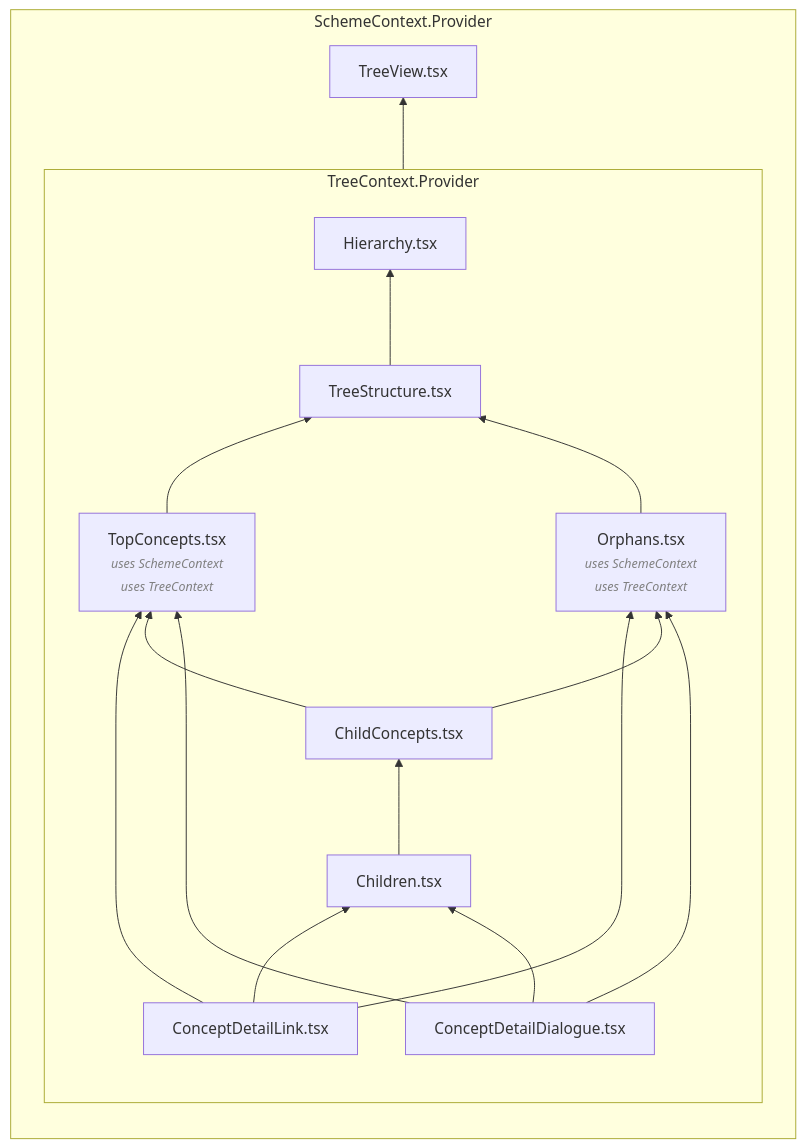
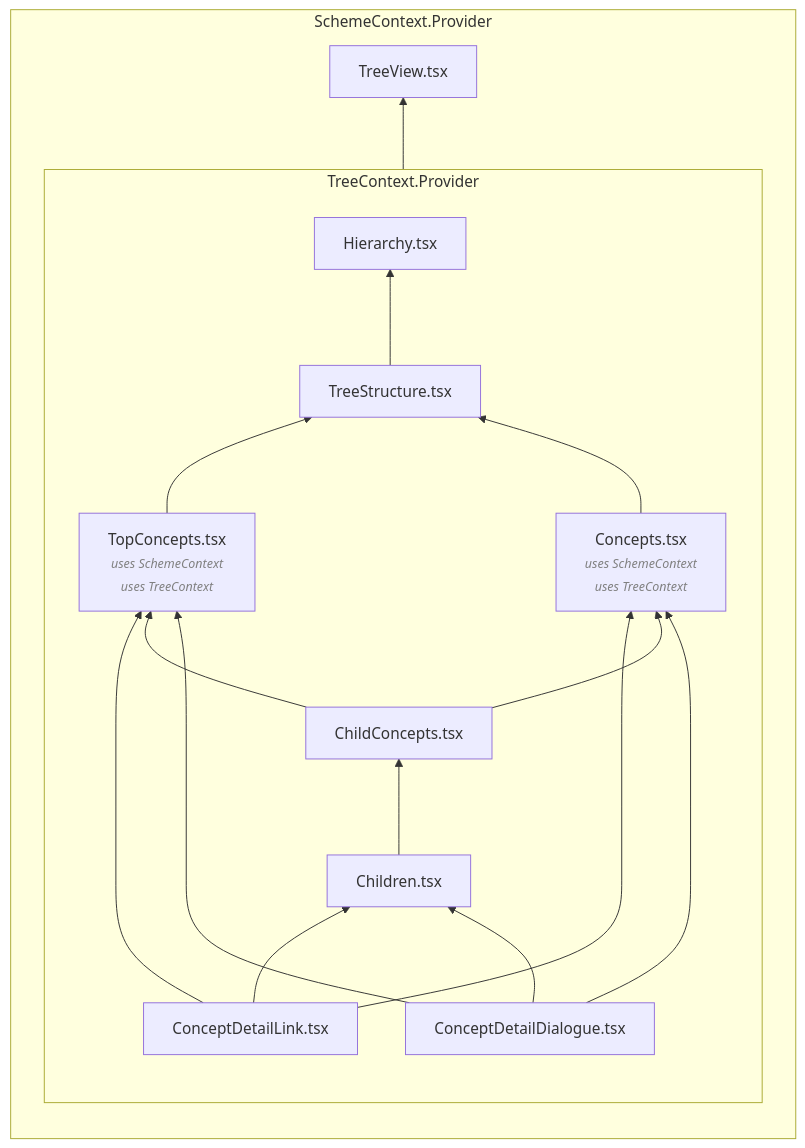
Before and after one commit to andybywire/sanity-plugin-taxonomy-manager: the first of 2 diagrams in README.md, drawn with Mermaid. The commit also changed other lines of this file and 3 other files, not shown here.

````diff
--- a/README.md
+++ b/README.md
@@ -139,36 +138,36 @@
 ```mermaid
 graph BT
     subgraph SchemeContext.Provider
       direction BT
       Hierarchy.tsx-->TreeView.tsx
       subgraph TreeContext.Provider
         direction BT
         TreeStructure.tsx-->Hierarchy.tsx
         TopConcepts.tsx[
           TopConcepts.tsx
           <i style="color: gray; font-size: small">uses SchemeContext</i>
           <i style="color: gray; font-size: small">uses TreeContext</i>
         ]-->TreeStructure.tsx
-        Orphans.tsx[
-          Orphans.tsx
+        Concepts.tsx[
+          Concepts.tsx
           <i style="color: gray; font-size: small">uses SchemeContext</i>
           <i style="color: gray; font-size: small">uses TreeContext</i>
         ]-->TreeStructure.tsx
 
 
         %% Sequence below maintains RTL ordering:
         ConceptDetailLink.tsx-->TopConcepts.tsx
-        ConceptDetailLink.tsx-->Orphans.tsx
+        ConceptDetailLink.tsx-->Concepts.tsx
 
         ChildConcepts.tsx-->TopConcepts.tsx
-        ChildConcepts.tsx-->Orphans.tsx
+        ChildConcepts.tsx-->Concepts.tsx
         Children.tsx-->ChildConcepts.tsx
 
-        ConceptDetailDialogue.tsx-->Orphans.tsx
+        ConceptDetailDialogue.tsx-->Concepts.tsx
         ConceptDetailDialogue.tsx-->TopConcepts.tsx
 
         ConceptDetailLink.tsx-->Children.tsx
         ConceptDetailDialogue.tsx-->Children.tsx
       end
     end
 ```
````
